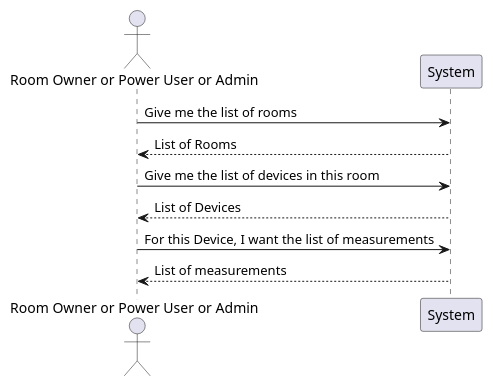
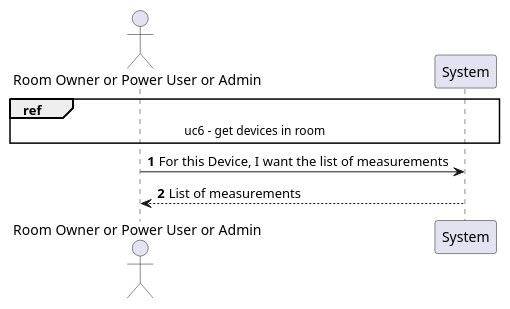
Before and after one commit to olivDiogo/SmartHome: the diagram in docs/useCases/uc11_toGetLogFromDevice/artifacts/uc11_SSD.puml, drawn with PlantUML. The commit also changed 6 other files, not shown here.

First line of the commit message:
docs: adds SVG to diagrams for uc11, updates readme and glossary

```diff
--- a/docs/useCases/uc11_toGetLogFromDevice/artifacts/uc11_SSD.puml
+++ b/docs/useCases/uc11_toGetLogFromDevice/artifacts/uc11_SSD.puml
@@ -1,14 +1,17 @@
 @startuml
 !pragma layout smetana
+
+autonumber
 
 actor "Room Owner or Power User or Admin" as User
 participant System
 
-User -> System: Give me the list of rooms
-System --> User: List of Rooms
-User -> System: Give me the list of devices in this room
-System --> User: List of Devices
+'User -> System: Give me the list of rooms
+'System --> User: List of Rooms
+'User -> System: Give me the list of devices in this room
+'System --> User: List of Devices
+ref over User, System: uc6 - get devices in room
 User -> System: For this Device, I want the list of measurements
 System --> User: List of measurements
 
 @enduml
```
